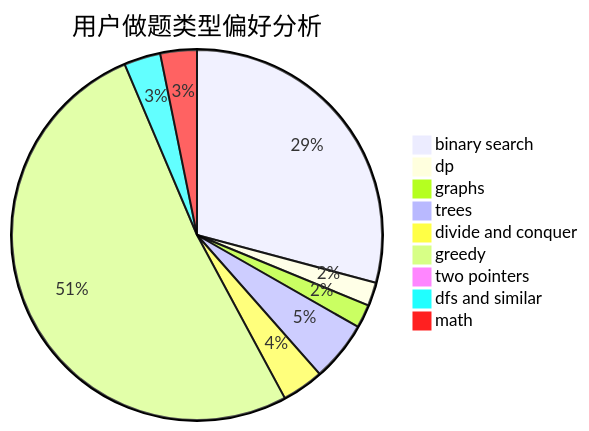
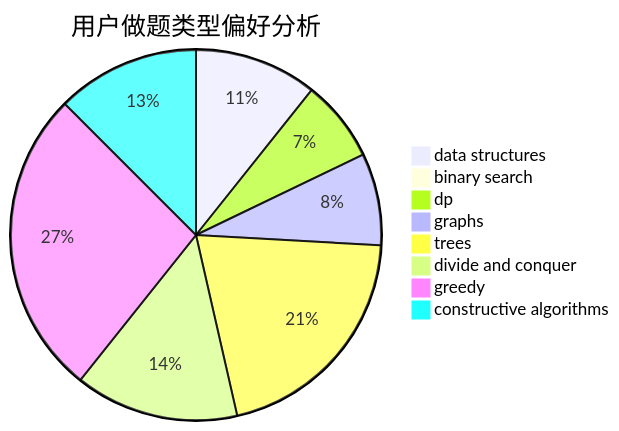
Before and after one commit to sherpahu/cfrs.github.io: the second of 3 diagrams in docs/user/u954.md, drawn with Mermaid. The commit also changed other lines of this file and 2775 other files, not shown here.

````diff
--- a/docs/user/u954.md
+++ b/docs/user/u954.md
@@ -23,12 +23,11 @@
 ```mermaid
 pie title 用户做题类型偏好分析
-    "binary search" :  128
-    "dp" :  9
+    "data structures" :  12
+    "binary search" :  0
+    "dp" :  8
     "graphs" :  9
     "trees" :  23
     "divide and conquer" :  16
-    "greedy" :  226
-    "two pointers" :  0
-    "dfs and similar" :  14
-    "math" :  14
+    "greedy" :  30
+    "constructive algorithms" :  14
 ```
````
